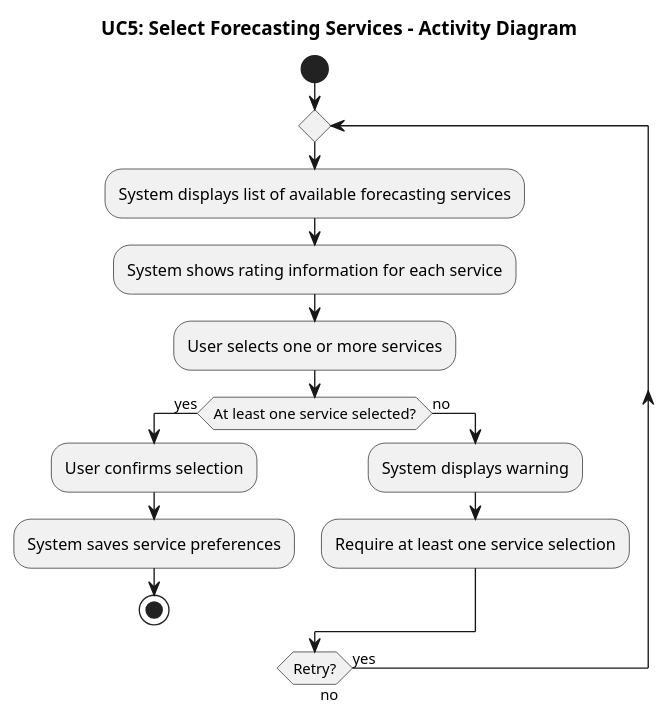
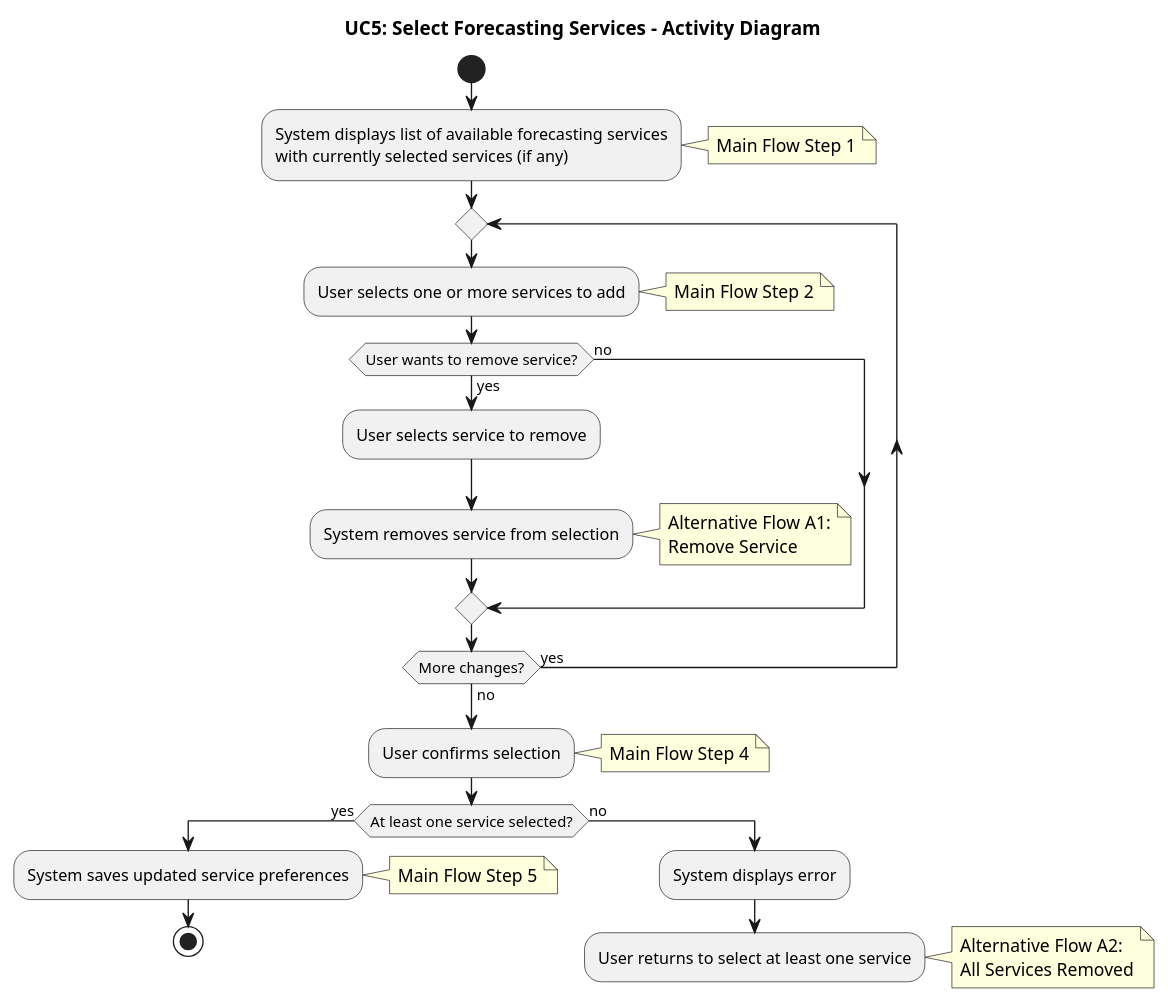
Before and after one commit to ManosMorf97/Weather-Forecasts-AI-Remastered: the diagram in requirements/activity_diagrams/UC5_Select_Forecasting_Services.puml, drawn with PlantUML. The commit also changed 40 other files, not shown here.

Commit message:
Adding ER diagram and fixing Use Cases

```diff
--- a/requirements/activity_diagrams/UC5_Select_Forecasting_Services.puml
+++ b/requirements/activity_diagrams/UC5_Select_Forecasting_Services.puml
@@ -1,21 +1,51 @@
 @startuml UC5_Select_Forecasting_Services_Activity_Diagram
 
 title UC5: Select Forecasting Services - Activity Diagram
 
 start
+:System displays list of available forecasting services
+with currently selected services (if any);
+note right
+  Main Flow Step 1
+end note
+
 repeat
-  :System displays list of available forecasting services;
-  :System shows rating information for each service;
-  :User selects one or more services;
+  :User selects one or more services to add;
+  note right
+    Main Flow Step 2
+  end note
+  
+  if (User wants to remove service?) then (yes)
+    :User selects service to remove;
+    :System removes service from selection;
+    note right
+      Alternative Flow A1:
+      Remove Service
+    end note
+  else (no)
+  endif
+  
+repeat while (More changes?) is (yes) not (no)
 
-  if (At least one service selected?) then (yes)
-    :User confirms selection;
-    :System saves service preferences;
-    stop
-  else (no)
-    :System displays warning;
-    :Require at least one service selection;
-  endif
-repeat while (Retry?) is (yes) not (no)
+:User confirms selection;
+note right
+  Main Flow Step 4
+end note
+
+if (At least one service selected?) then (yes)
+  :System saves updated service preferences;
+  note right
+    Main Flow Step 5
+  end note
+  stop
+else (no)
+  :System displays error;
+  :User returns to select at least one service;
+  note right
+    Alternative Flow A2:
+    All Services Removed
+  end note
+  detach
+endif
 
 @enduml
```
